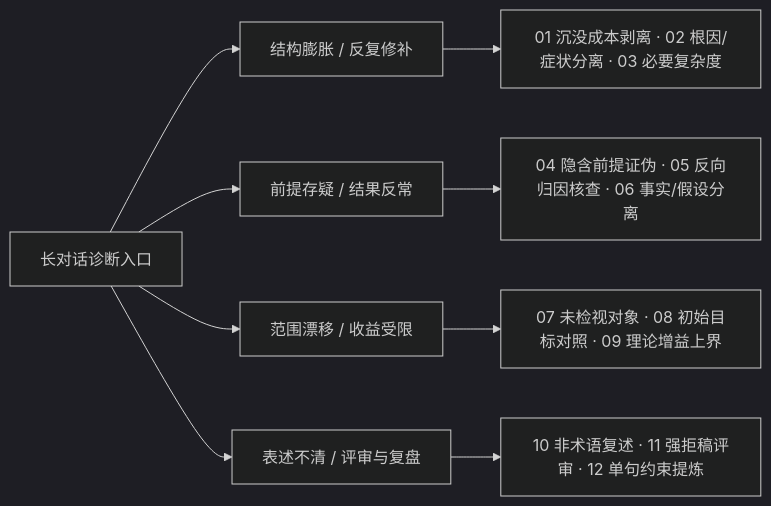
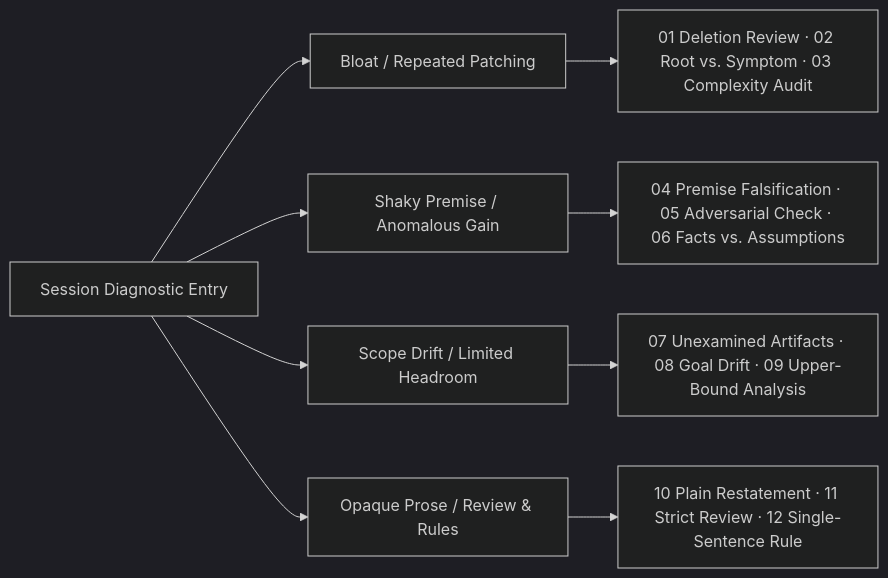
One commit to Sh3wn/what-prompt-do-you-need changed the diagram in README.md. Above: the diagram before and after it, drawn with Mermaid (dark theme). The commit also changed other lines of this file and 2 other files, not shown here.

````diff
--- a/README.md
+++ b/README.md
@@ -45,12 +45,12 @@
 ```mermaid
 flowchart LR
-    Q["长对话诊断入口"] --> A["结构膨胀 / 反复修补"]
-    Q --> B["前提存疑 / 结果反常"]
-    Q --> C["范围漂移 / 收益受限"]
-    Q --> D["表述不清 / 评审与复盘"]
+    Q["Session Diagnostic Entry"] --> A["Bloat / Repeated Patching"]
+    Q --> B["Shaky Premise / Anomalous Gain"]
+    Q --> C["Scope Drift / Limited Headroom"]
+    Q --> D["Opaque Prose / Review & Rules"]
 
-    A --> A1["01 沉没成本剥离 · 02 根因/症状分离 · 03 必要复杂度"]
-    B --> B1["04 隐含前提证伪 · 05 反向归因核查 · 06 事实/假设分离"]
-    C --> C1["07 未检视对象 · 08 初始目标对照 · 09 理论增益上界"]
-    D --> D1["10 非术语复述 · 11 强拒稿评审 · 12 单句约束提炼"]
+    A --> A1["01 Deletion Review · 02 Root vs. Symptom · 03 Complexity Audit"]
+    B --> B1["04 Premise Falsification · 05 Adversarial Check · 06 Facts vs. Assumptions"]
+    C --> C1["07 Unexamined Artifacts · 08 Goal Drift · 09 Upper-Bound Analysis"]
+    D --> D1["10 Plain Restatement · 11 Strict Review · 12 Single-Sentence Rule"]
 ```
````
